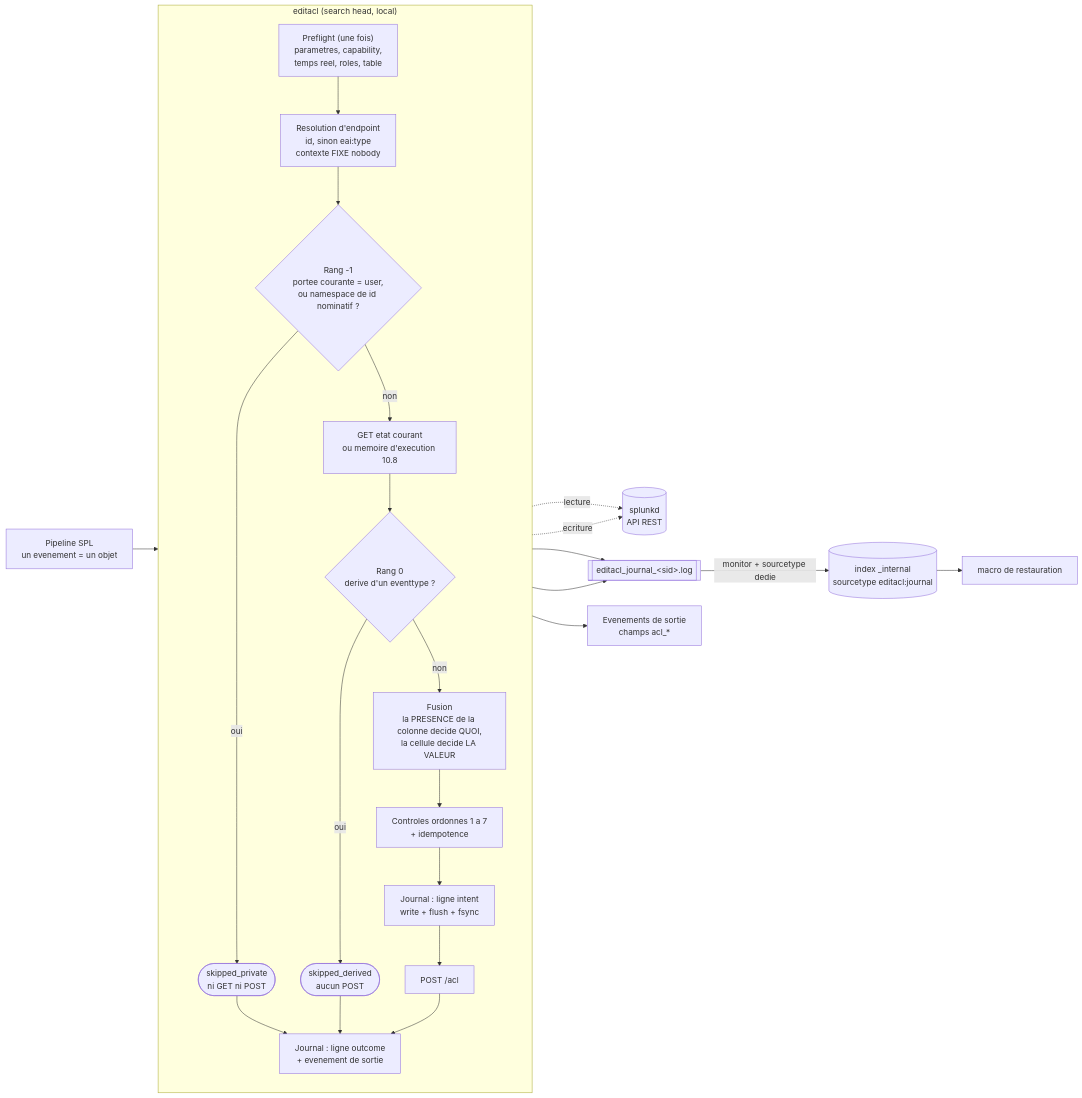
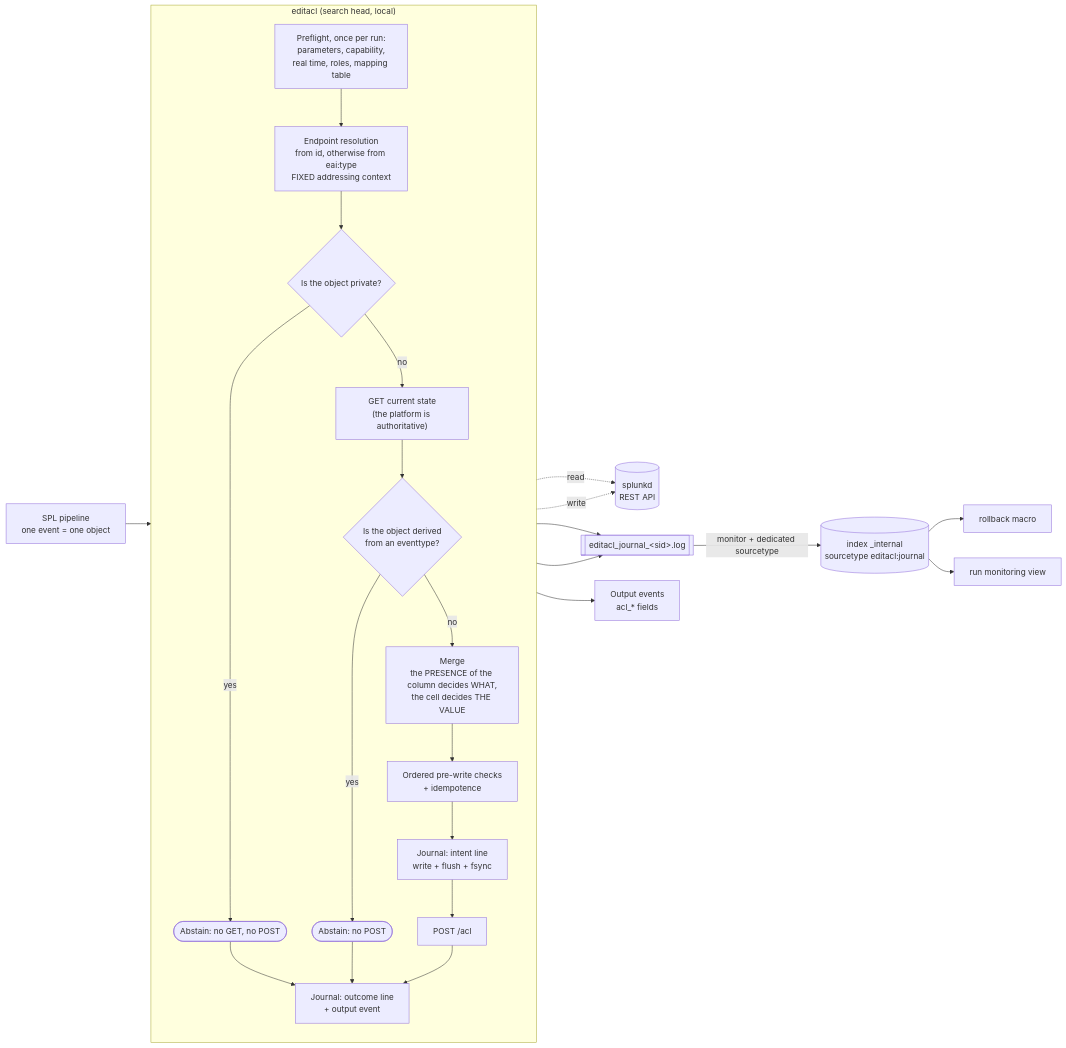
One commit to rafiki31130/SA-acl-tools changed the first of 2 diagrams in README.md. Above: the diagram before and after it, drawn with Mermaid. The commit also changed other lines of this file and 4 other files, not shown here.

````diff
--- a/README.md
+++ b/README.md
@@ -44,33 +48,34 @@
 ```mermaid
 flowchart LR
-  SPL["Pipeline SPL<br/>un evenement = un objet"] --> CMD
+  SPL["SPL pipeline<br/>one event = one object"] --> CMD
 
   subgraph CMD["editacl (search head, local)"]
     direction TB
-    PRE["Preflight (une fois)<br/>parametres, capability,<br/>temps reel, roles, table"]
-    RES["Resolution d'endpoint<br/>id, sinon eai:type<br/>contexte FIXE nobody"]
-    RM1{"Rang -1<br/>portee courante = user,<br/>ou namespace de id nominatif ?"}
-    SKP(["skipped_private<br/>ni GET ni POST"])
-    GET["GET etat courant<br/>ou memoire d'execution 10.8"]
-    R0{"Rang 0<br/>derive d'un eventtype ?"}
-    SKD(["skipped_derived<br/>aucun POST"])
-    MER["Fusion<br/>la PRESENCE de la colonne decide QUOI,<br/>la cellule decide LA VALEUR"]
-    CTL["Controles ordonnes 1 a 7<br/>+ idempotence"]
-    WAL["Journal : ligne intent<br/>write + flush + fsync"]
+    PRE["Preflight, once per run:<br/>parameters, capability,<br/>real time, roles, mapping table"]
+    RES["Endpoint resolution<br/>from id, otherwise from eai:type<br/>FIXED addressing context"]
+    RM1{"Is the object private?"}
+    SKP(["Abstain: no GET, no POST"])
+    GET["GET current state<br/>(the platform is authoritative)"]
+    R0{"Is the object derived<br/>from an eventtype?"}
+    SKD(["Abstain: no POST"])
+    MER["Merge<br/>the PRESENCE of the column decides WHAT,<br/>the cell decides THE VALUE"]
+    CTL["Ordered pre-write checks<br/>+ idempotence"]
+    WAL["Journal: intent line<br/>write + flush + fsync"]
     POST["POST /acl"]
-    OUT["Journal : ligne outcome<br/>+ evenement de sortie"]
+    OUT["Journal: outcome line<br/>+ output event"]
     PRE --> RES --> RM1
-    RM1 -->|"oui"| SKP --> OUT
-    RM1 -->|"non"| GET --> R0
-    R0 -->|"oui"| SKD --> OUT
-    R0 -->|"non"| MER --> CTL --> WAL --> POST --> OUT
+    RM1 -->|"yes"| SKP --> OUT
+    RM1 -->|"no"| GET --> R0
+    R0 -->|"yes"| SKD --> OUT
+    R0 -->|"no"| MER --> CTL --> WAL --> POST --> OUT
   end
 
-  GET -. "lecture" .-> SPLUNKD[("splunkd<br/>API REST")]
-  POST -. "ecriture" .-> SPLUNKD
+  GET -. "read" .-> SPLUNKD[("splunkd<br/>REST API")]
+  POST -. "write" .-> SPLUNKD
   WAL --> FILE[["editacl_journal_&lt;sid&gt;.log"]]
   OUT --> FILE
-  FILE -- "monitor + sourcetype dedie" --> IDX[("index _internal<br/>sourcetype editacl:journal")]
-  IDX --> RB["macro de restauration"]
-  CMD --> RESULT["Evenements de sortie<br/>champs acl_*"]
+  FILE -- "monitor + dedicated sourcetype" --> IDX[("index _internal<br/>sourcetype editacl:journal")]
+  IDX --> RB["rollback macro"]
+  IDX --> DASH["run monitoring view"]
+  CMD --> RESULT["Output events<br/>acl_* fields"]
 ```
````
